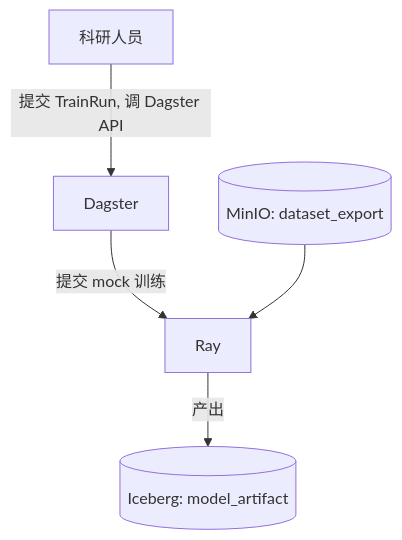
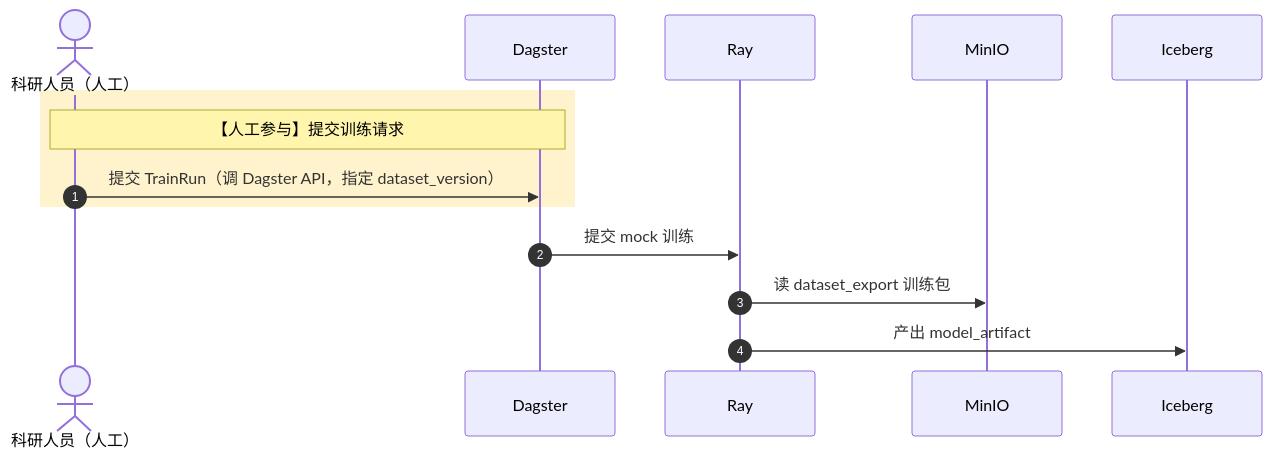
One commit to hxndg/edp changed the fifth of 6 diagrams in README.md. Above: the diagram before and after it, drawn with Mermaid. The commit also changed other lines of this file and 30 other files, not shown here.

````diff
--- a/README.md
+++ b/README.md
@@ -365,7 +638,17 @@
 ```mermaid
-flowchart TD
-    U[科研人员] -->|提交 TrainRun, 调 Dagster API| DAG[Dagster]
-    DAG -->|提交 mock 训练| RAY[Ray]
-    EXP[(MinIO: dataset_export)] --> RAY
-    RAY -->|产出| ART[(Iceberg: model_artifact)]
+sequenceDiagram
+    autonumber
+    actor U as 科研人员（人工）
+    participant DG as Dagster
+    participant RAY as Ray
+    participant MINIO as MinIO
+    participant ICE as Iceberg
+
+    rect rgb(255, 243, 205)
+        Note over U,DG: 【人工参与】提交训练请求
+        U->>DG: 提交 TrainRun（调 Dagster API，指定 dataset_version）
+    end
+    DG->>RAY: 提交 mock 训练
+    RAY->>MINIO: 读 dataset_export 训练包
+    RAY->>ICE: 产出 model_artifact
 ```
````
